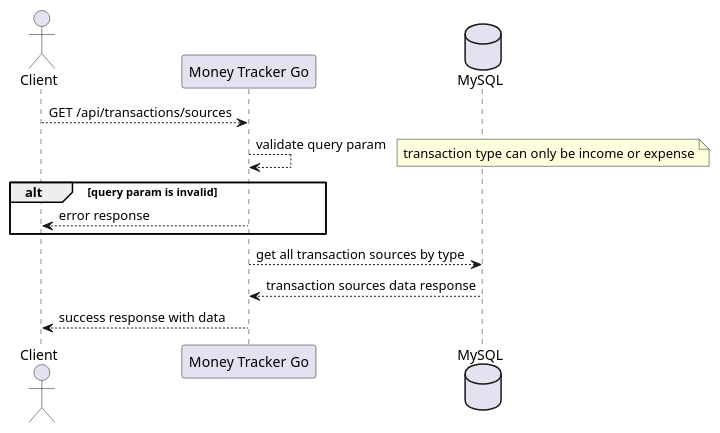
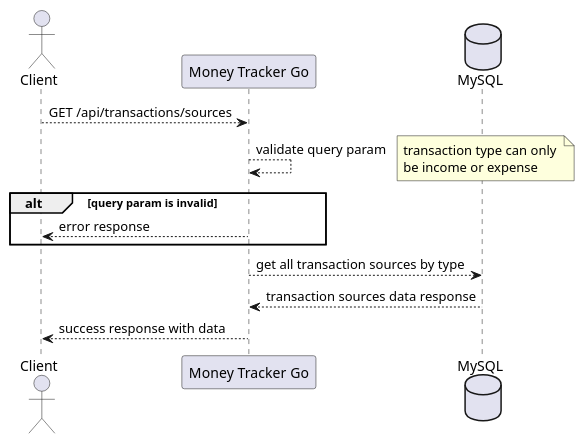
The diagram in docs/diagrams/sequence/transaction_sources/get_transaction_sources.puml (ertantorizkyf/money-tracker-go), drawn with PlantUML before and after one commit. The commit also changed 4 other files, not shown here.

```diff
--- a/docs/diagrams/sequence/transaction_sources/get_transaction_sources.puml
+++ b/docs/diagrams/sequence/transaction_sources/get_transaction_sources.puml
@@ -1,19 +1,20 @@
 @startuml Get Transaction Sources
 
 actor "Client" as client
 participant "Money Tracker Go" as server
 database "MySQL" as db
 
 client --> server : GET /api/transactions/sources
 server --> server : validate query param
 note right
-  transaction type can only be income or expense
+  transaction type can only 
+  be income or expense
 end note
 alt query param is invalid
   server --> client : error response
 end
 server --> db : get all transaction sources by type
 db --> server : transaction sources data response
 server --> client : success response with data
 
 @enduml
```
